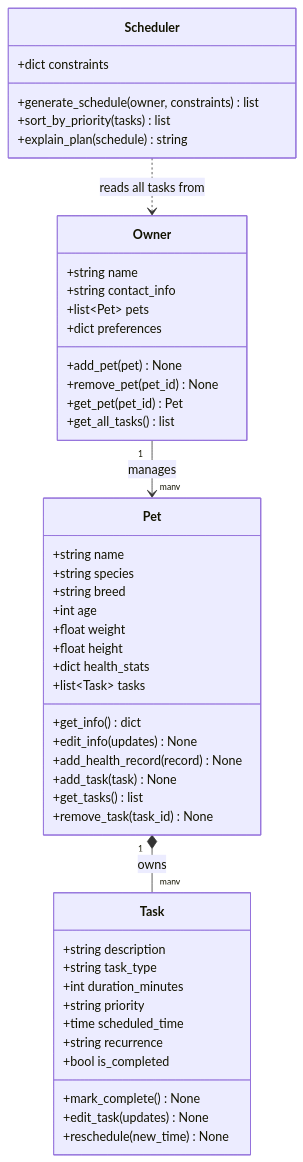
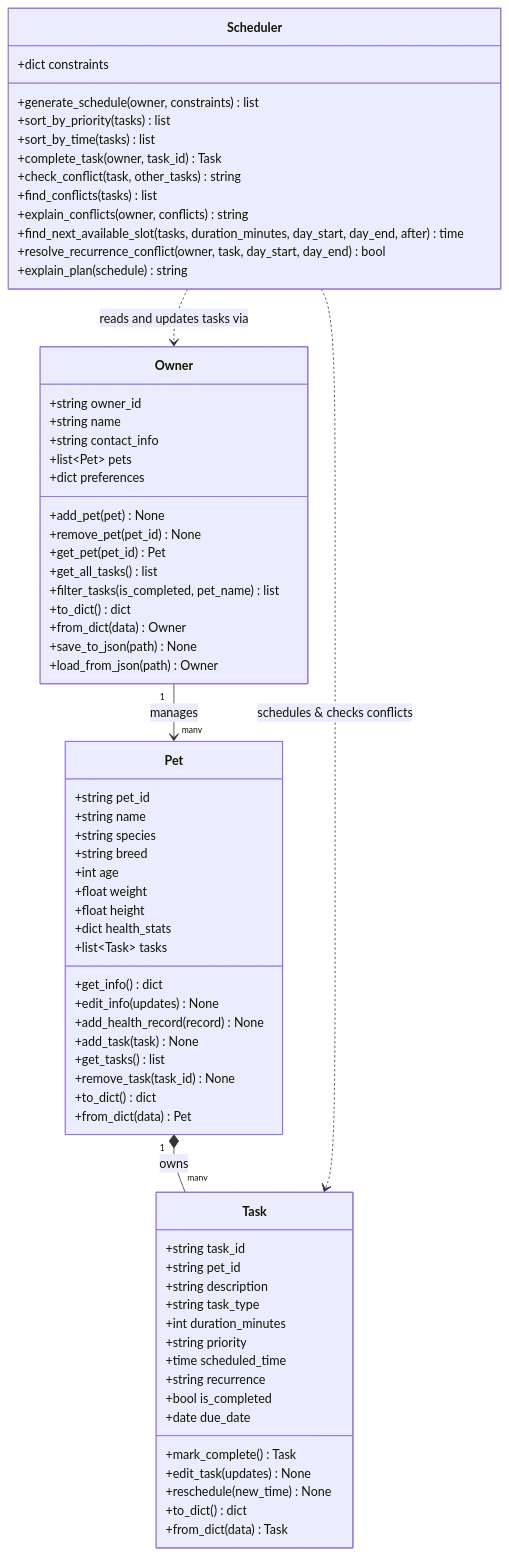
The diagram in diagrams/uml.mmd (CottonsKaka/ai110-module2show-pawpal-starter1), drawn with Mermaid before and after one commit. The commit also changed 10 other files, not shown here.

First line of the commit message:
feat: add stretch challenges - next-slot finder, persistence, priority+time sort, formatting

```diff
--- a/diagrams/uml.mmd
+++ b/diagrams/uml.mmd
@@ -1,54 +1,76 @@
 classDiagram
-    %% Draft UML for PawPal+. Update this as the implementation evolves.
+    %% Final UML for PawPal+, reflecting the implemented pawpal_system.py.
 
     class Owner {
+        +string owner_id
         +string name
         +string contact_info
         +list~Pet~ pets
         +dict preferences
         +add_pet(pet) None
         +remove_pet(pet_id) None
         +get_pet(pet_id) Pet
         +get_all_tasks() list
+        +filter_tasks(is_completed, pet_name) list
+        +to_dict() dict
+        +from_dict(data) Owner
+        +save_to_json(path) None
+        +load_from_json(path) Owner
     }
 
     class Pet {
+        +string pet_id
         +string name
         +string species
         +string breed
         +int age
         +float weight
         +float height
         +dict health_stats
         +list~Task~ tasks
         +get_info() dict
         +edit_info(updates) None
         +add_health_record(record) None
         +add_task(task) None
         +get_tasks() list
         +remove_task(task_id) None
+        +to_dict() dict
+        +from_dict(data) Pet
     }
 
     class Task {
+        +string task_id
+        +string pet_id
         +string description
         +string task_type
         +int duration_minutes
         +string priority
         +time scheduled_time
         +string recurrence
         +bool is_completed
-        +mark_complete() None
+        +date due_date
+        +mark_complete() Task
         +edit_task(updates) None
         +reschedule(new_time) None
+        +to_dict() dict
+        +from_dict(data) Task
     }
 
     class Scheduler {
         +dict constraints
         +generate_schedule(owner, constraints) list
         +sort_by_priority(tasks) list
+        +sort_by_time(tasks) list
+        +complete_task(owner, task_id) Task
+        +check_conflict(task, other_tasks) string
+        +find_conflicts(tasks) list
+        +explain_conflicts(owner, conflicts) string
+        +find_next_available_slot(tasks, duration_minutes, day_start, day_end, after) time
+        +resolve_recurrence_conflict(owner, task, day_start, day_end) bool
         +explain_plan(schedule) string
     }
 
     Owner "1" --> "many" Pet : manages
     Pet "1" *-- "many" Task : owns
-    Scheduler ..> Owner : reads all tasks from
+    Scheduler ..> Owner : reads and updates tasks via
+    Scheduler ..> Task : schedules & checks conflicts
```
